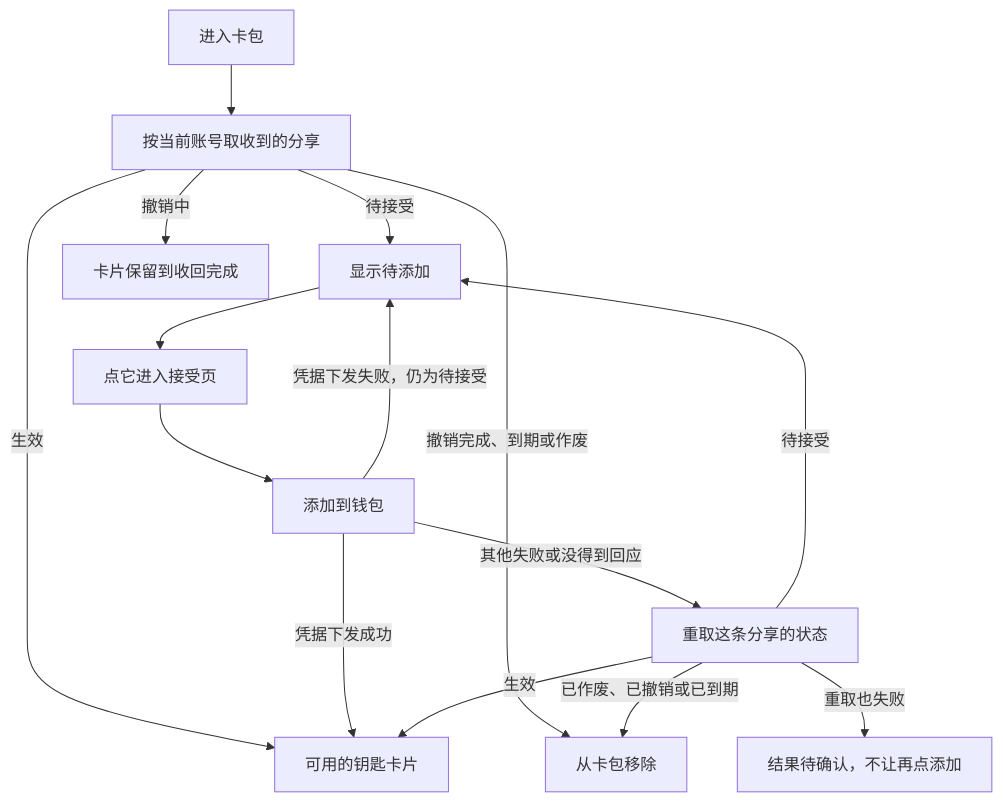
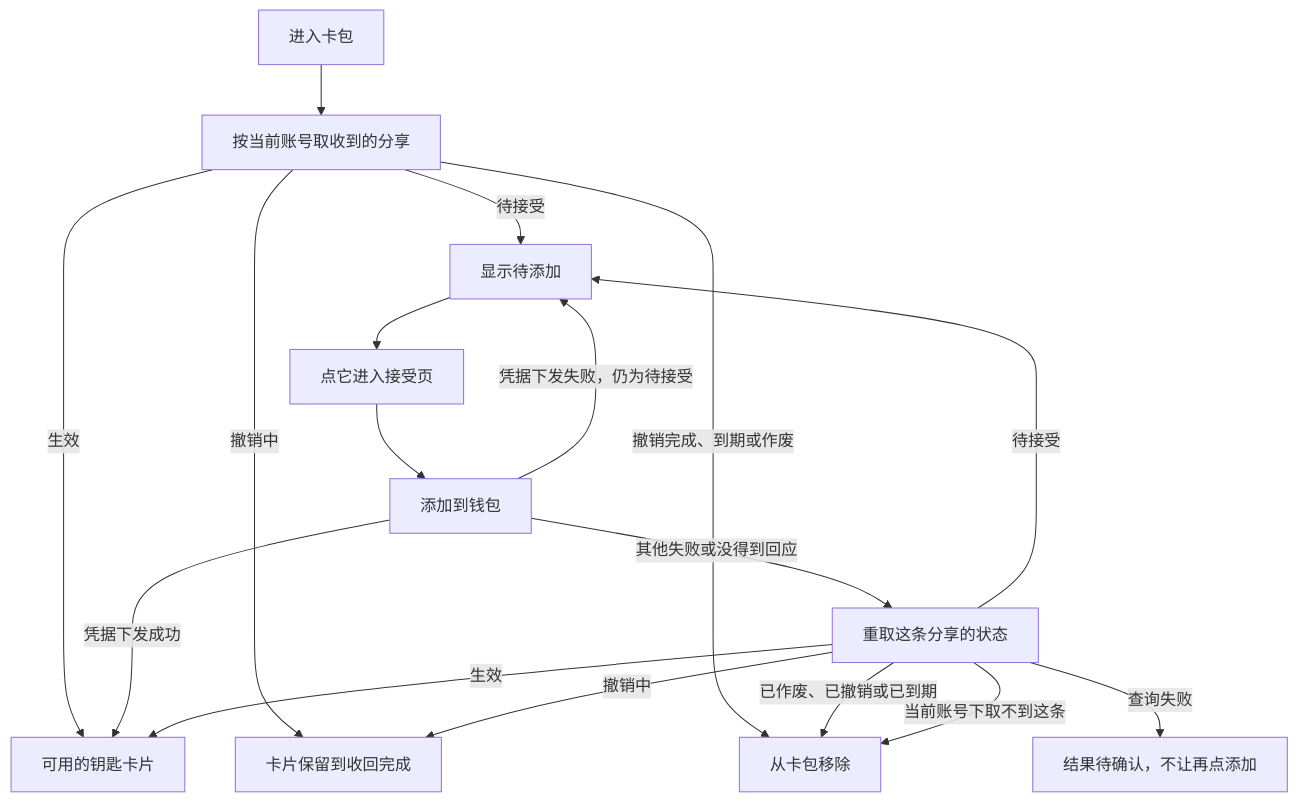
Before and after one commit to sqsqsq/SimulatedWalletForHmos: the fourth of 5 diagrams in doc/plan/1.9.9/金样候选/car-key-sharing/spec/spec.md, drawn with Mermaid. The commit also changed other lines of this file and 18 other files, not shown here.

````diff
--- a/doc/plan/1.9.9/金样候选/car-key-sharing/spec/spec.md
+++ b/doc/plan/1.9.9/金样候选/car-key-sharing/spec/spec.md
@@ -321,17 +321,19 @@
 ```mermaid
 flowchart TD
     A[进入卡包] --> B[按当前账号取收到的分享]
     B -->|待接受| P[显示待添加]
     B -->|生效| L[可用的钥匙卡片]
     B -->|撤销中| R[卡片保留到收回完成]
     B -->|撤销完成、到期或作废| D[从卡包移除]
     P --> G[点它进入接受页]
     G --> H[添加到钱包]
     H -->|凭据下发成功| L
     H -->|凭据下发失败，仍为待接受| P
     H -->|其他失败或没得到回应| RQ[重取这条分享的状态]
     RQ -->|待接受| P
     RQ -->|生效| L
+    RQ -->|撤销中| R
     RQ -->|已作废、已撤销或已到期| D
-    RQ -->|重取也失败| UK[结果待确认，不让再点添加]
+    RQ -->|当前账号下取不到这条| D
+    RQ -->|查询失败| UK[结果待确认，不让再点添加]
 ```
````
